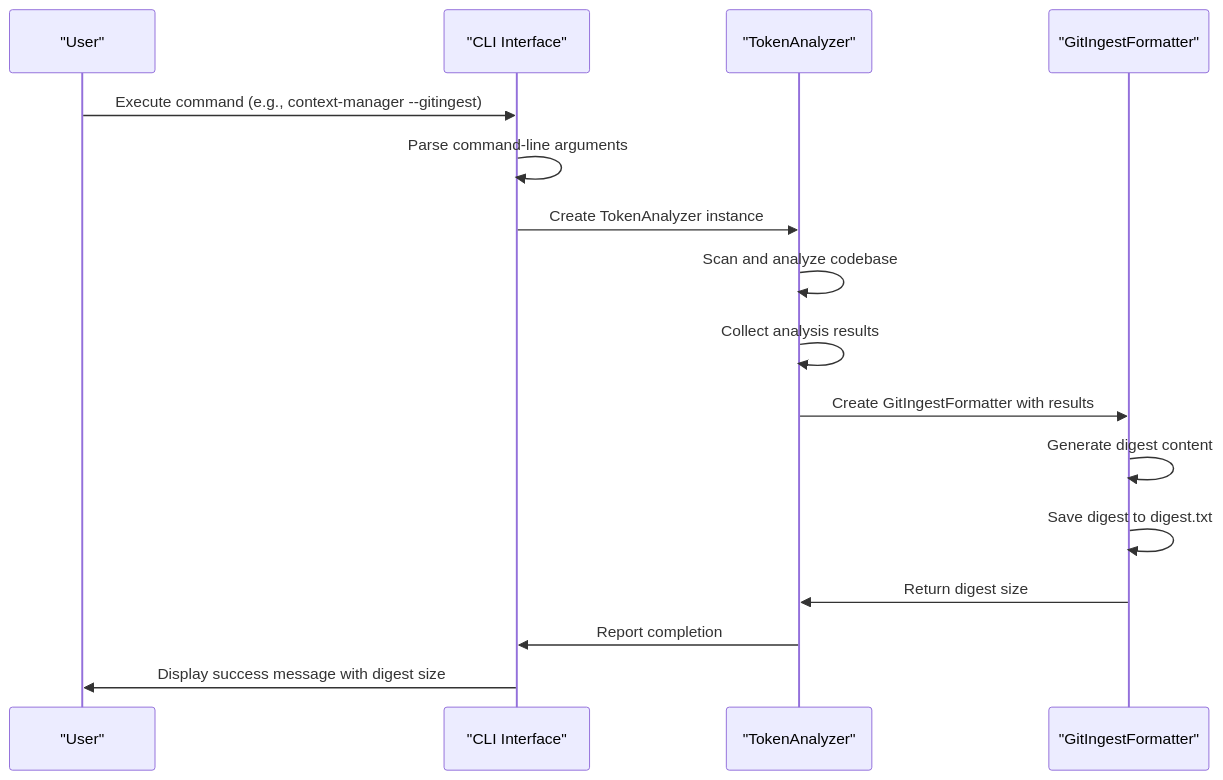
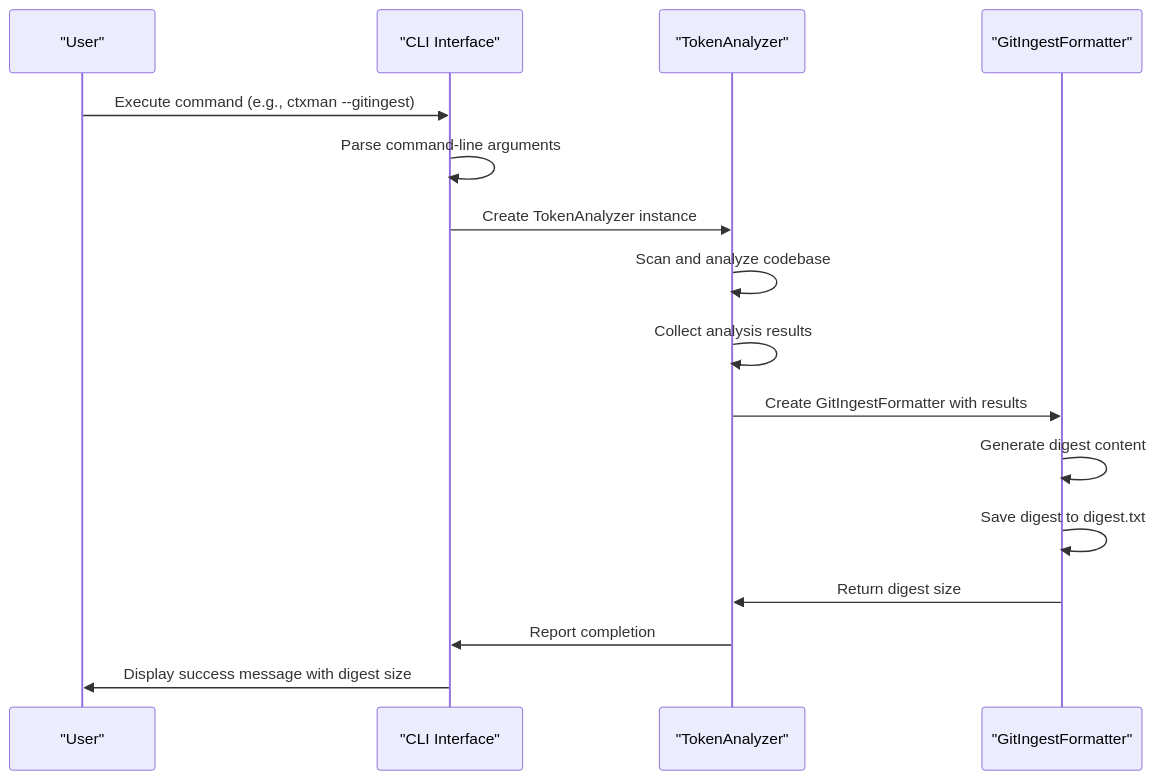
Before and after one commit to hakkisagdic/context-manager: the third of 7 diagrams in docs/content-en/Tool Overview & Core Value.md, drawn with Mermaid. The commit also changed other lines of this file and 229 other files, not shown here.

First line of the commit message:
Rename: @hakkisagdic/context-manager -> ctxman (unscoped npm)

````diff
--- a/docs/content-en/Tool Overview & Core Value.md
+++ b/docs/content-en/Tool Overview & Core Value.md
@@ -180,18 +180,18 @@
 ```mermaid
 sequenceDiagram
 participant User as "User"
 participant CLI as "CLI Interface"
 participant Analyzer as "TokenAnalyzer"
 participant Formatter as "GitIngestFormatter"
-User->>CLI : Execute command (e.g., context-manager --gitingest)
+User->>CLI : Execute command (e.g., ctxman --gitingest)
 CLI->>CLI : Parse command-line arguments
 CLI->>Analyzer : Create TokenAnalyzer instance
 Analyzer->>Analyzer : Scan and analyze codebase
 Analyzer->>Analyzer : Collect analysis results
 Analyzer->>Formatter : Create GitIngestFormatter with results
 Formatter->>Formatter : Generate digest content
 Formatter->>Formatter : Save digest to digest.txt
 Formatter->>Analyzer : Return digest size
 Analyzer->>CLI : Report completion
 CLI->>User : Display success message with digest size
 ```
````
